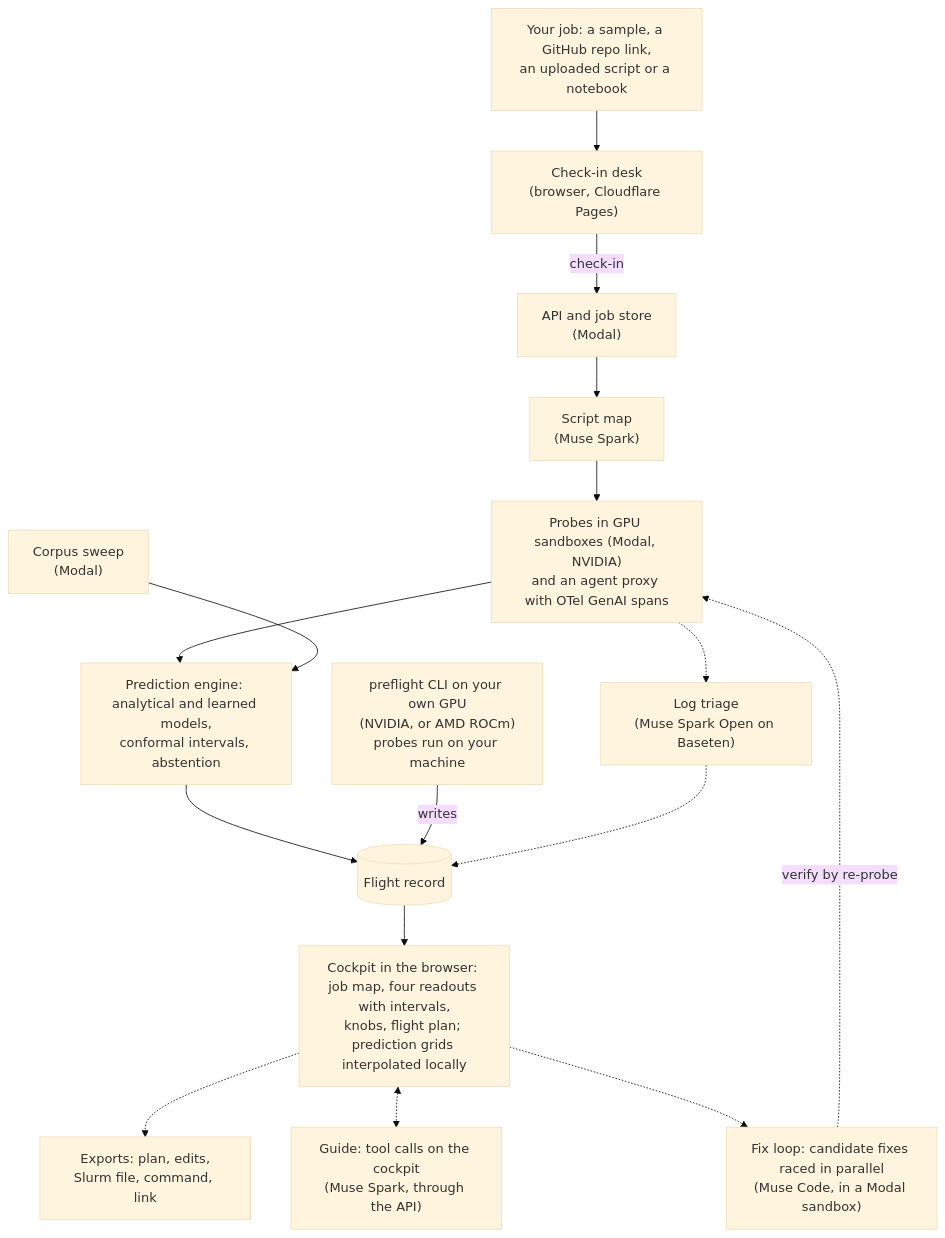
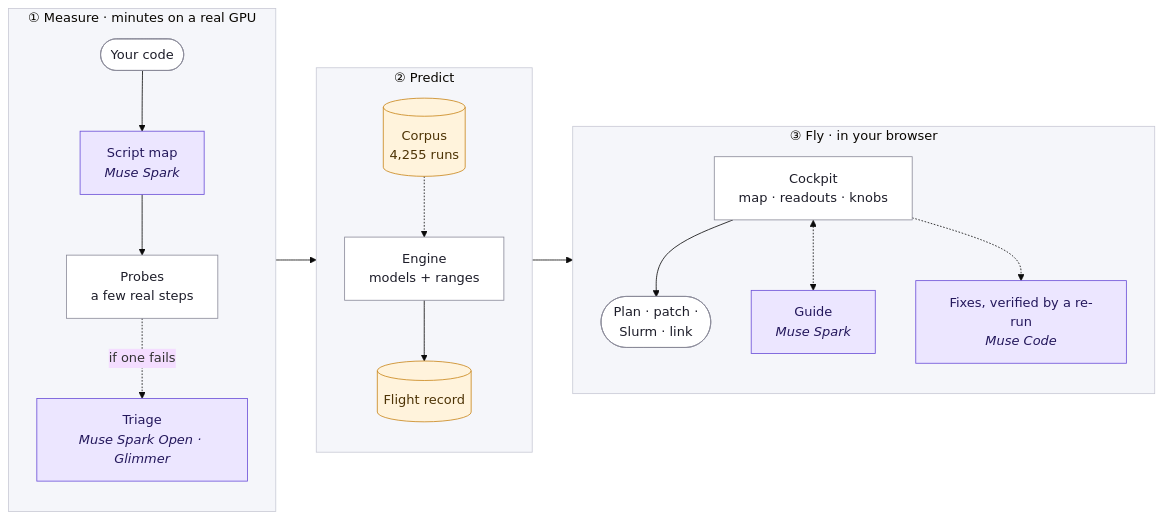
One commit to uchuuronin/preflight changed the diagram in README.md. Above: the diagram before and after it, drawn with Mermaid (base theme). The commit also changed other lines of this file and 2 other files, not shown here.

````diff
--- a/README.md
+++ b/README.md
@@ -109,27 +113,32 @@
 ```mermaid
-flowchart TB
-	IN["Your job: a sample, a GitHub repo link,<br/>an uploaded script or a notebook"]
-	CLI["preflight CLI on your own GPU<br/>(NVIDIA, or AMD ROCm)<br/>probes run on your machine"]
-	CK["Check-in desk<br/>(browser, Cloudflare Pages)"]
-	API["API and job store<br/>(Modal)"]
-	MAP["Script map<br/>(Muse Spark)"]
-	PRB["Probes in GPU sandboxes (Modal, NVIDIA)<br/>and an agent proxy with OTel GenAI spans"]
-	CORPUS["Corpus sweep<br/>(Modal)"]
-	ENG["Prediction engine: analytical and learned models,<br/>conformal intervals, abstention"]
-	REC[("Flight record")]
-	COCK["Cockpit in the browser: job map, four readouts with intervals,<br/>knobs, flight plan; prediction grids interpolated locally"]
-	EXP["Exports: plan, edits,<br/>Slurm file, command, link"]
-	GUIDE["Guide: tool calls on the cockpit<br/>(Muse Spark, through the API)"]
-	FIX["Fix loop: candidate fixes raced in parallel<br/>(Muse Code, in a Modal sandbox)"]
-	TRI["Log triage<br/>(Muse Spark Open on Baseten)"]
+flowchart LR
+	subgraph S1["① Measure · minutes on a real GPU"]
+		direction TB
+		IN(["Your code"]) --> MAP["Script map<br/><i>Muse Spark</i>"]
+		MAP --> PRB["Probes<br/>a few real steps"]
+		PRB -.->|if one fails| TRI["Triage<br/><i>Muse Spark Open · Glimmer</i>"]
+	end
+	subgraph S2["② Predict"]
+		direction TB
+		CORP[("Corpus<br/>4,255 runs")] -.-> ENG["Engine<br/>models + ranges"]
+		ENG --> REC[("Flight record")]
+	end
+	subgraph S3["③ Fly · in your browser"]
+		direction TB
+		COCK["Cockpit<br/>map · readouts · knobs"] --> OUT(["Plan · patch ·<br/>Slurm · link"])
+		COCK <-.-> G["Guide<br/><i>Muse Spark</i>"]
+		COCK -.-> FIX["Fixes, verified by a re-run<br/><i>Muse Code</i>"]
+	end
+	PRB --> ENG
+	REC --> COCK
 
-	IN --> CK
-	CK -->|"check-in"| API
-	API --> MAP --> PRB --> ENG --> REC --> COCK
-	COCK -.-> EXP
-	CLI -->|"writes"| REC
-	CORPUS --> ENG
-	COCK <-.-> GUIDE
-	COCK -.-> FIX -.->|"verify by re-probe"| PRB
-	PRB -.-> TRI -.-> REC
+	classDef meta fill:#ece6ff,stroke:#6b4fd8,color:#24185c
+	classDef data fill:#fff3dc,stroke:#c9861a,color:#4d3305
+	classDef step fill:#ffffff,stroke:#8a8a99,color:#1d1d29
+	class MAP,TRI,G,FIX meta
+	class REC,CORP data
+	class IN,PRB,ENG,COCK,OUT step
+	style S1 fill:#f5f6fa,stroke:#c9cad6
+	style S2 fill:#f5f6fa,stroke:#c9cad6
+	style S3 fill:#f5f6fa,stroke:#c9cad6
 ```
````
